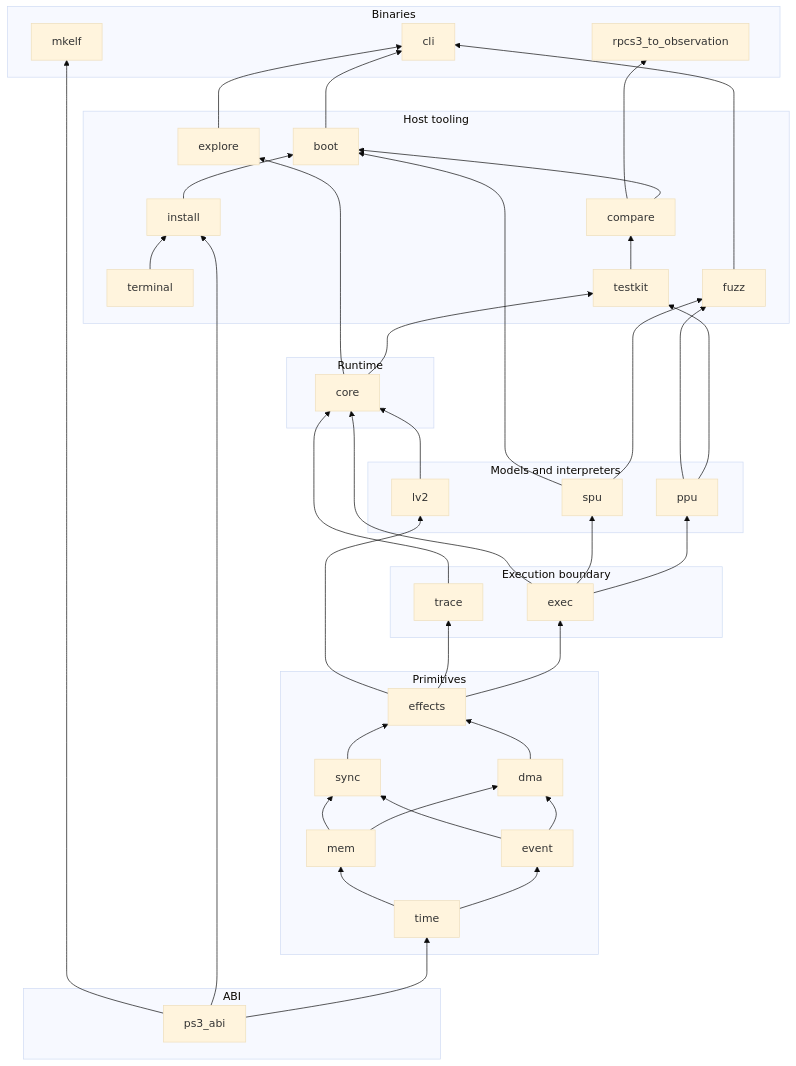
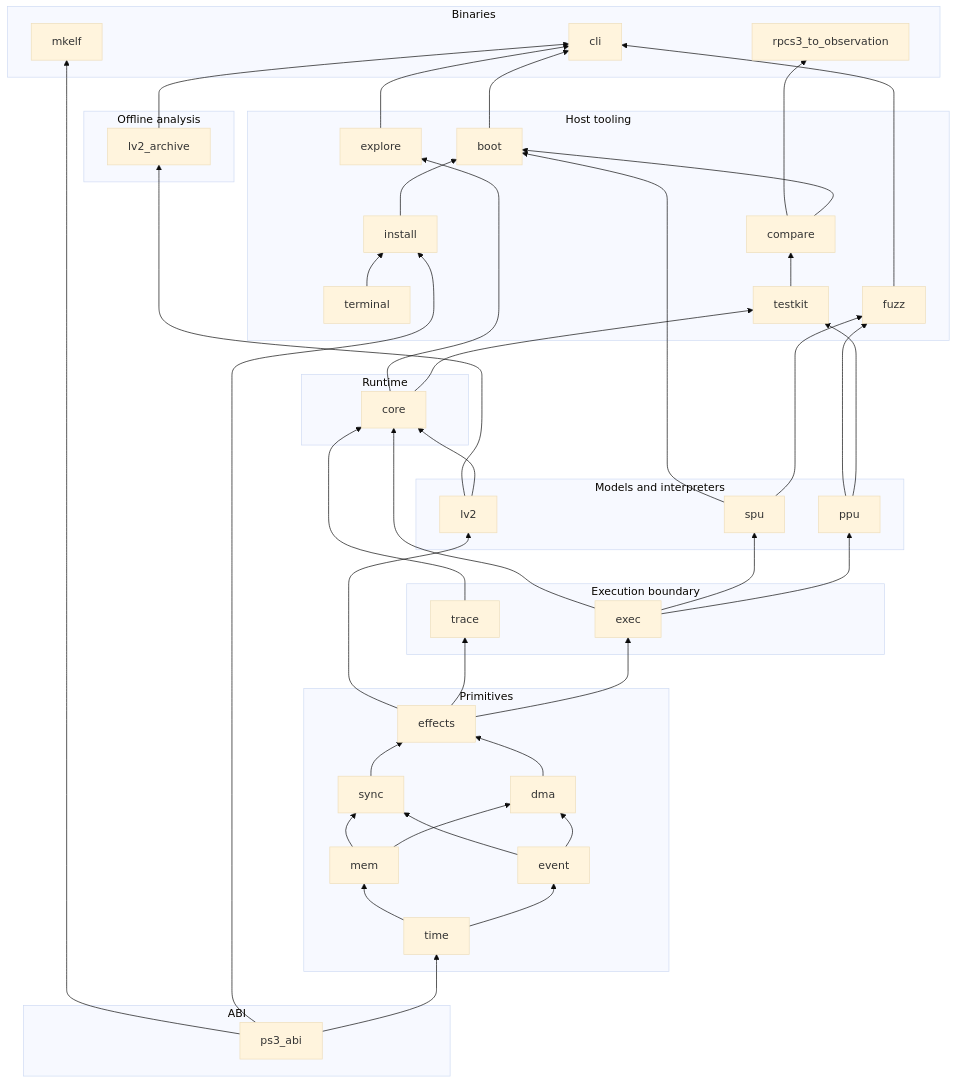
The diagram in docs/architecture/workspace.md (RoyalAce22/CellGov), drawn with Mermaid (base theme) before and after one commit. The commit also changed other lines of this file and 61 other files, not shown here.

````diff
--- a/docs/architecture/workspace.md
+++ b/docs/architecture/workspace.md
@@ -18,58 +18,63 @@
 ```mermaid
 graph BT
   subgraph ABI
     ps3_abi
   end
   subgraph Primitives
     time; event; mem; dma; sync; effects
   end
   subgraph Execution boundary
     exec; trace
   end
   subgraph Models and interpreters
     lv2; ppu; spu
   end
   subgraph Runtime
     core
+  end
+  subgraph Offline analysis
+    lv2_archive
   end
   subgraph Host tooling
     terminal; testkit; compare; explore; fuzz; install; boot
   end
   subgraph Binaries
     cli; mkelf; rpcs3_to_observation
   end
 
   ps3_abi --> time
   time --> event
   time --> mem
   event --> dma
   mem --> dma
   event --> sync
   mem --> sync
   dma --> effects
   sync --> effects
   effects --> exec
   effects --> trace
   effects --> lv2
   exec --> ppu
   exec --> spu
   exec --> core
   lv2 --> core
   trace --> core
+  lv2 --> lv2_archive
   core --> testkit
   ppu --> testkit
   testkit --> compare
   core --> explore
   ppu --> fuzz
   spu --> fuzz
   ps3_abi --> install
   terminal --> install
   compare --> boot
   install --> boot
   spu --> boot
   boot --> cli
   explore --> cli
   fuzz --> cli
+  lv2_archive --> cli
   ps3_abi --> mkelf
   compare --> rpcs3_to_observation
 ```
````
